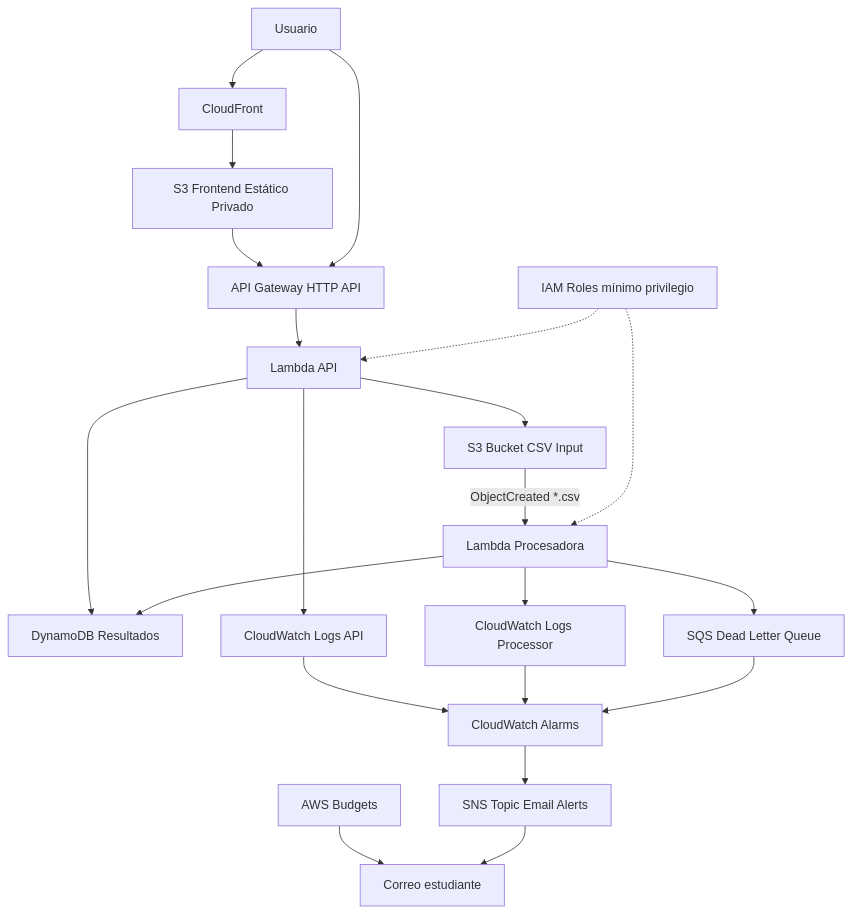
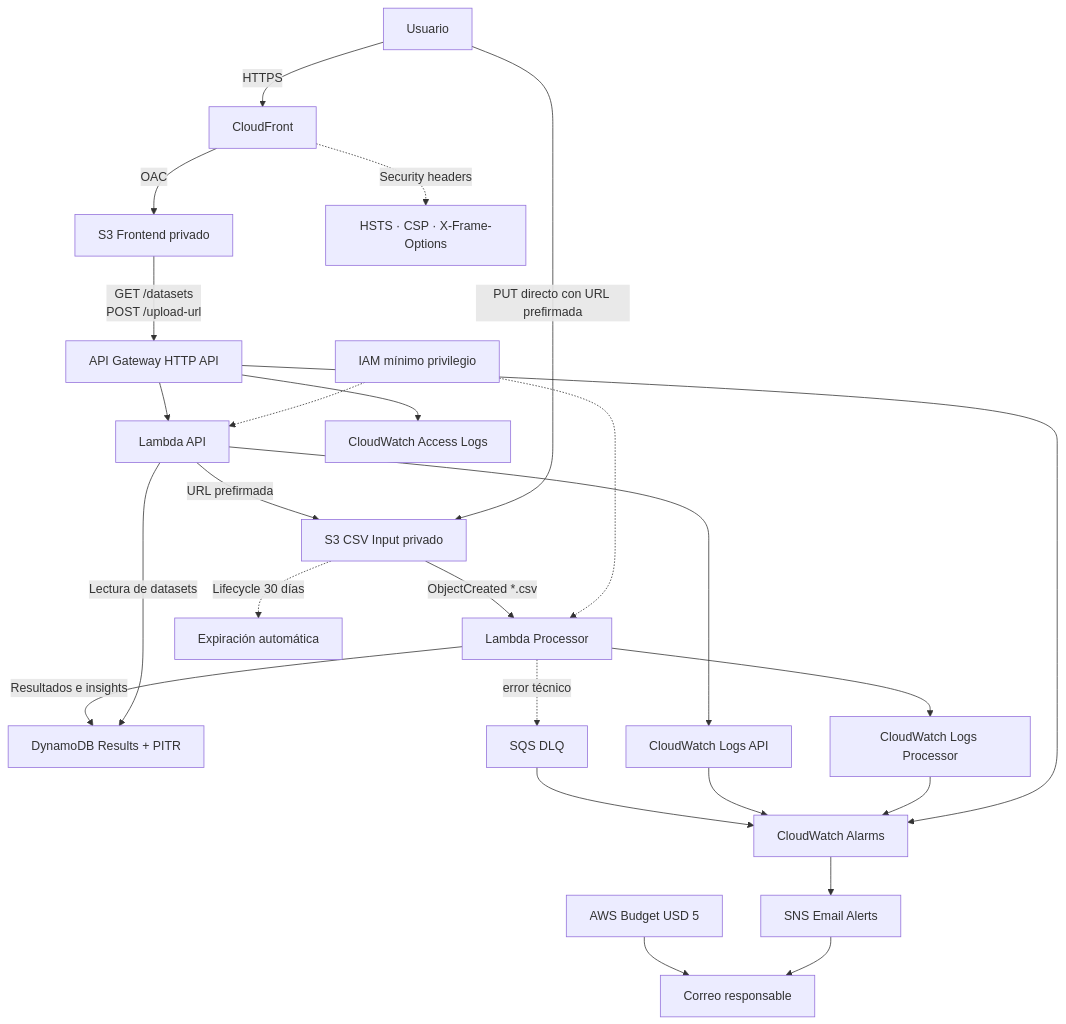
The diagram in docs/arquitectura.md (NineFox596/Proyecto_Final_Taller_Informatica), drawn with Mermaid before and after one commit. The commit also changed other lines of this file and 4 other files, not shown here.

````diff
--- a/docs/arquitectura.md
+++ b/docs/arquitectura.md
@@ -40,30 +59,35 @@
 ```mermaid
 flowchart TD
-    U[Usuario] --> CF[CloudFront]
-    CF --> FE[S3 Frontend Estático Privado]
+    U[Usuario] -->|HTTPS| CF[CloudFront]
+    CF -->|OAC| FE[S3 Frontend privado]
 
-    FE --> API[API Gateway HTTP API]
-    U --> API
+    FE -->|GET /datasets<br/>POST /upload-url| APIGW[API Gateway HTTP API]
+    APIGW --> LAPI[Lambda API]
 
-    API --> LAPI[Lambda API]
-    LAPI --> DDB[DynamoDB Resultados]
-    LAPI --> S3IN[S3 Bucket CSV Input]
+    LAPI -->|URL prefirmada| S3IN[S3 CSV Input privado]
+    U -->|PUT directo con URL prefirmada| S3IN
 
-    S3IN -->|ObjectCreated *.csv| LPROC[Lambda Procesadora]
-    LPROC --> DDB
-    LPROC --> DLQ[SQS Dead Letter Queue]
+    S3IN -->|ObjectCreated *.csv| LPROC[Lambda Processor]
+    LPROC -->|Resultados e insights| DDB[DynamoDB Results + PITR]
+    LAPI -->|Lectura de datasets| DDB
 
+    LPROC -. error técnico .-> DLQ[SQS DLQ]
+
+    APIGW --> APILOG[CloudWatch Access Logs]
     LAPI --> CWAPI[CloudWatch Logs API]
     LPROC --> CWPROC[CloudWatch Logs Processor]
+    DLQ --> ALARMS[CloudWatch Alarms]
+    CWAPI --> ALARMS
+    CWPROC --> ALARMS
+    APIGW --> ALARMS
 
-    CWAPI --> ALARMS[CloudWatch Alarms]
-    CWPROC --> ALARMS
-    DLQ --> ALARMS
-
-    ALARMS --> SNS[SNS Topic Email Alerts]
-    BUDGET[AWS Budgets] --> EMAIL[Correo estudiante]
+    ALARMS --> SNS[SNS Email Alerts]
+    BUDGET[AWS Budget USD 5] --> EMAIL[Correo responsable]
     SNS --> EMAIL
 
-    IAM[IAM Roles mínimo privilegio] -.-> LAPI
+    IAM[IAM mínimo privilegio] -.-> LAPI
     IAM -.-> LPROC
+
+    S3IN -. Lifecycle 30 días .-> EXP[Expiración automática]
+    CF -. Security headers .-> SEC[HSTS · CSP · X-Frame-Options]
 ```
````
